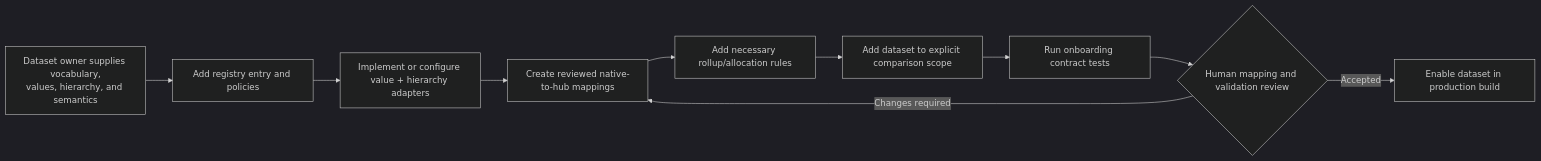
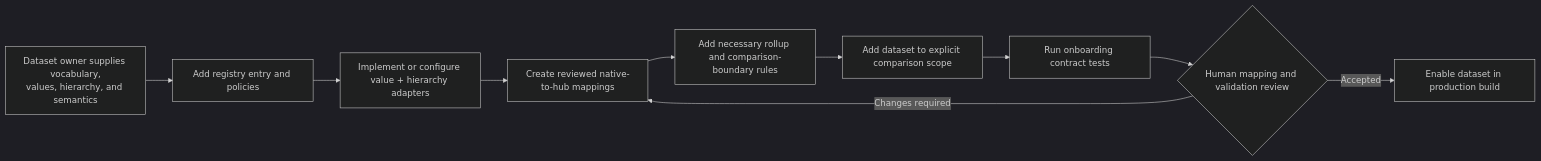
One commit to asia-pacific-energy-research-centre/leap_mappings changed the third of 3 diagrams in docs/multi_dataset_mapping_framework.md. Above: the diagram before and after it, drawn with Mermaid (dark theme). The commit also changed other lines of this file, not shown here.

First line of the commit message:
codex: clarify coarse comparison direction

````diff
--- a/docs/multi_dataset_mapping_framework.md
+++ b/docs/multi_dataset_mapping_framework.md
@@ -395,16 +385,16 @@
 ```mermaid
 flowchart LR
     OWNER["Dataset owner supplies vocabulary,<br/>values, hierarchy, and semantics"]
     REGISTER["Add registry entry and policies"]
     ADAPTERS["Implement or configure value + hierarchy adapters"]
     MAPS["Create reviewed native-to-hub mappings"]
-    RULES["Add necessary rollup/allocation rules"]
+    RULES["Add necessary rollup and comparison-boundary rules"]
     SCOPE["Add dataset to explicit comparison scope"]
     TEST["Run onboarding contract tests"]
     REVIEW{"Human mapping and validation review"}
     ENABLE["Enable dataset in production build"]
 
     OWNER --> REGISTER --> ADAPTERS --> MAPS --> RULES --> SCOPE --> TEST --> REVIEW
     REVIEW -- "Accepted" --> ENABLE
     REVIEW -- "Changes required" --> MAPS
 ```
````
